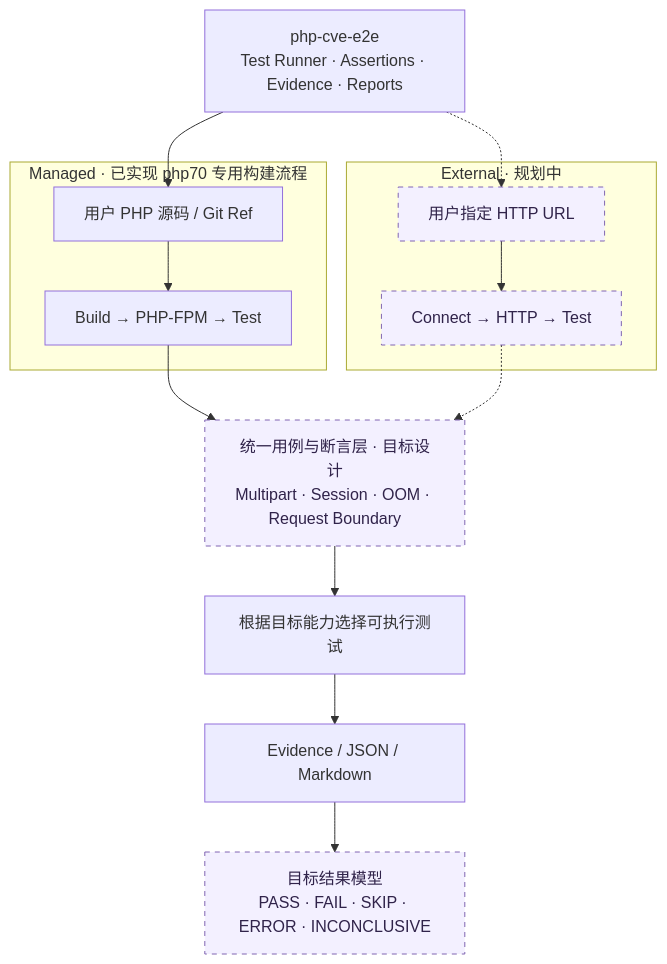
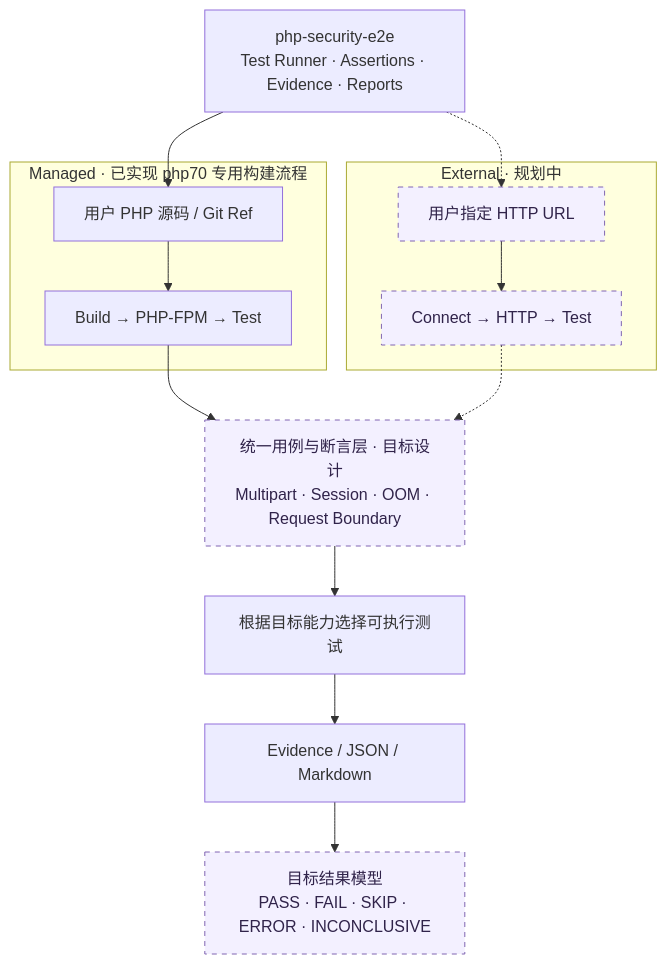
Before and after one commit to fangfengxiang/php-security-e2e: the diagram in README.md, drawn with Mermaid. The commit also changed other lines of this file and 13 other files, not shown here.

Commit message:
Rename project to php-security-e2e and update banner text only

````diff
--- a/README.md
+++ b/README.md
@@ -35,29 +35,29 @@
 ```mermaid
 flowchart TB
-    Runner["php-cve-e2e<br/>Test Runner · Assertions · Evidence · Reports"]
+    Runner["php-security-e2e<br/>Test Runner · Assertions · Evidence · Reports"]
 
     subgraph Managed["Managed · 已实现 php70 专用构建流程"]
         Source["用户 PHP 源码 / Git Ref"]
         Build["Build → PHP-FPM → Test"]
         Source --> Build
     end
 
     subgraph External["External · 规划中"]
         Target["用户指定 HTTP URL"]
         Connect["Connect → HTTP → Test"]
         Target --> Connect
     end
 
     Runner --> Source
     Runner -.-> Target
     Build --> Cases
     Connect -.-> Cases
 
     Cases["统一用例与断言层 · 目标设计<br/>Multipart · Session · OOM · Request Boundary"]
     Cases --> Capabilities["根据目标能力选择可执行测试"]
     Capabilities --> Evidence["Evidence / JSON / Markdown"]
     Evidence --> Results["目标结果模型<br/>PASS · FAIL · SKIP · ERROR · INCONCLUSIVE"]
 
     classDef planned fill:#f3f0ff,stroke:#8065b2,stroke-dasharray:5 5,color:#30234a;
     class Target,Connect,Cases,Results planned;
 ```
````
